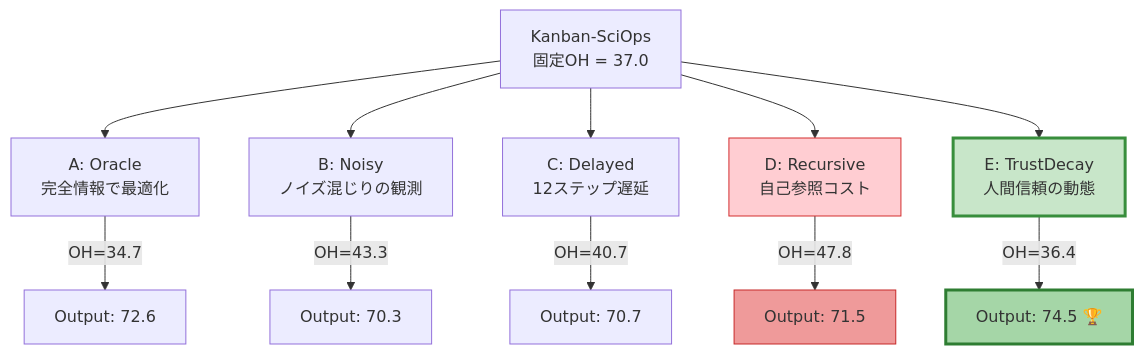
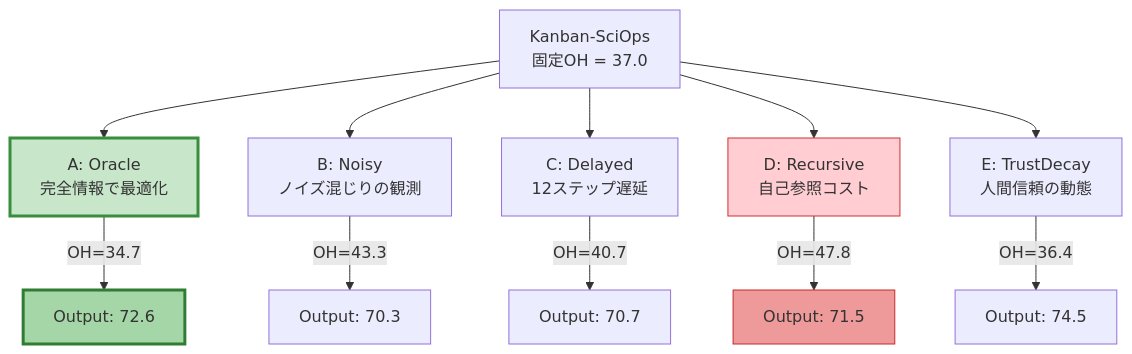
One commit to Taiyou/DeSciTokyo changed the first of 5 diagrams in docs/wiki/Meta-Overhead-Analysis.md. Above: the diagram before and after it, drawn with Mermaid. The commit also changed other lines of this file and 9 other files, not shown here.

First line of the commit message:
Enrich wiki: MC corrections, cross-references, updated architecture

````diff
--- a/docs/wiki/Meta-Overhead-Analysis.md
+++ b/docs/wiki/Meta-Overhead-Analysis.md
@@ -13,19 +13,19 @@
 ```mermaid
 graph TD
     BASE["Kanban-SciOps<br/>固定OH = 37.0"] --> A["A: Oracle<br/>完全情報で最適化"]
     BASE --> B["B: Noisy<br/>ノイズ混じりの観測"]
     BASE --> C["C: Delayed<br/>12ステップ遅延"]
     BASE --> D["D: Recursive<br/>自己参照コスト"]
     BASE --> E["E: TrustDecay<br/>人間信頼の動態"]
 
     A -->|"OH=34.7"| RA["Output: 72.6"]
     B -->|"OH=43.3"| RB["Output: 70.3"]
     C -->|"OH=40.7"| RC["Output: 70.7"]
     D -->|"OH=47.8"| RD["Output: 71.5"]
-    E -->|"OH=36.4"| RE["Output: 74.5 🏆"]
+    E -->|"OH=36.4"| RE["Output: 74.5"]
 
-    style E fill:#c8e6c9,stroke:#388E3C,stroke-width:3px
-    style RE fill:#a5d6a7,stroke:#2E7D32,stroke-width:3px
+    style A fill:#c8e6c9,stroke:#388E3C,stroke-width:3px
+    style RA fill:#a5d6a7,stroke:#2E7D32,stroke-width:3px
     style D fill:#ffcdd2,stroke:#d32f2f
     style RD fill:#ef9a9a,stroke:#c62828
 ```
````
